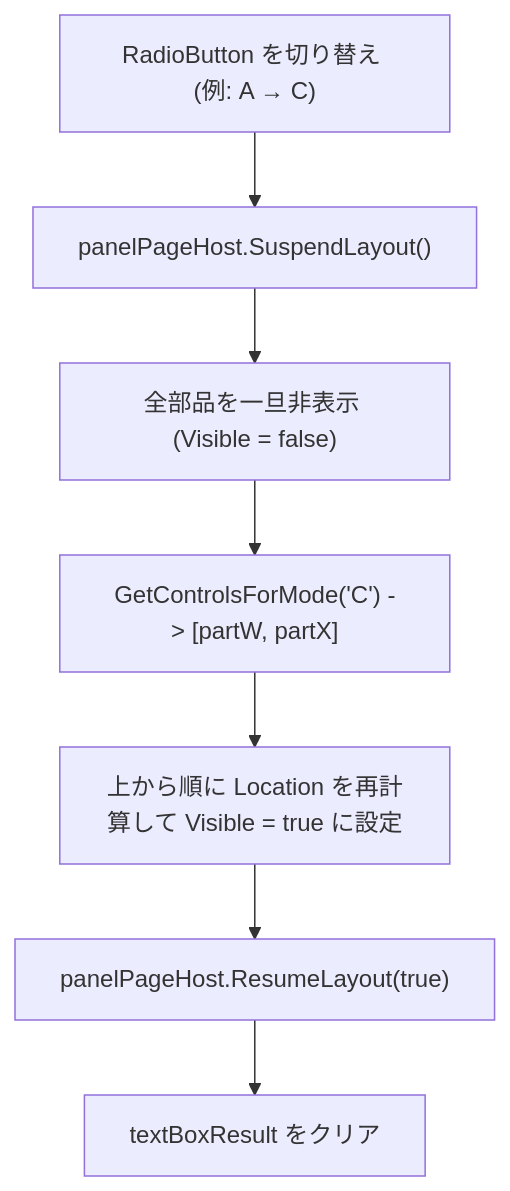
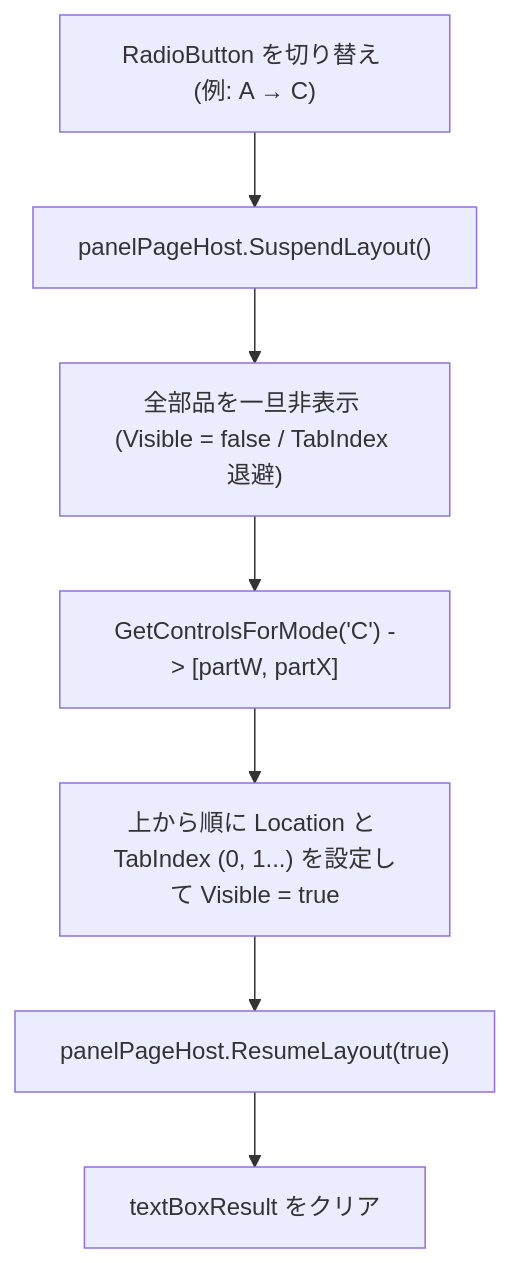
Before and after one commit to fuddt/Csharp: the third of 3 diagrams in samples/WinFormsReusableParts/docs/architecture.md, drawn with Mermaid. The commit also changed other lines of this file and 5 other files, not shown here.

Commit message:
feat(samples): sync TabIndex with dynamic mode layout order

````diff
--- a/samples/WinFormsReusableParts/docs/architecture.md
+++ b/samples/WinFormsReusableParts/docs/architecture.md
@@ -58,9 +58,9 @@
 ```mermaid
 flowchart TD
     Select["RadioButton を切り替え (例: A → C)"] --> Suspend["panelPageHost.SuspendLayout()"]
-    Suspend --> HideAll["全部品を一旦非表示 (Visible = false)"]
+    Suspend --> HideAll["全部品を一旦非表示 (Visible = false / TabIndex 退避)"]
     HideAll --> GetActive["GetControlsForMode('C') -> [partW, partX]"]
-    GetActive --> Loop["上から順に Location を再計算して Visible = true に設定"]
+    GetActive --> Loop["上から順に Location と TabIndex (0, 1...) を設定して Visible = true"]
     Loop --> Resume["panelPageHost.ResumeLayout(true)"]
     Resume --> ClearResult["textBoxResult をクリア"]
 ```
````
